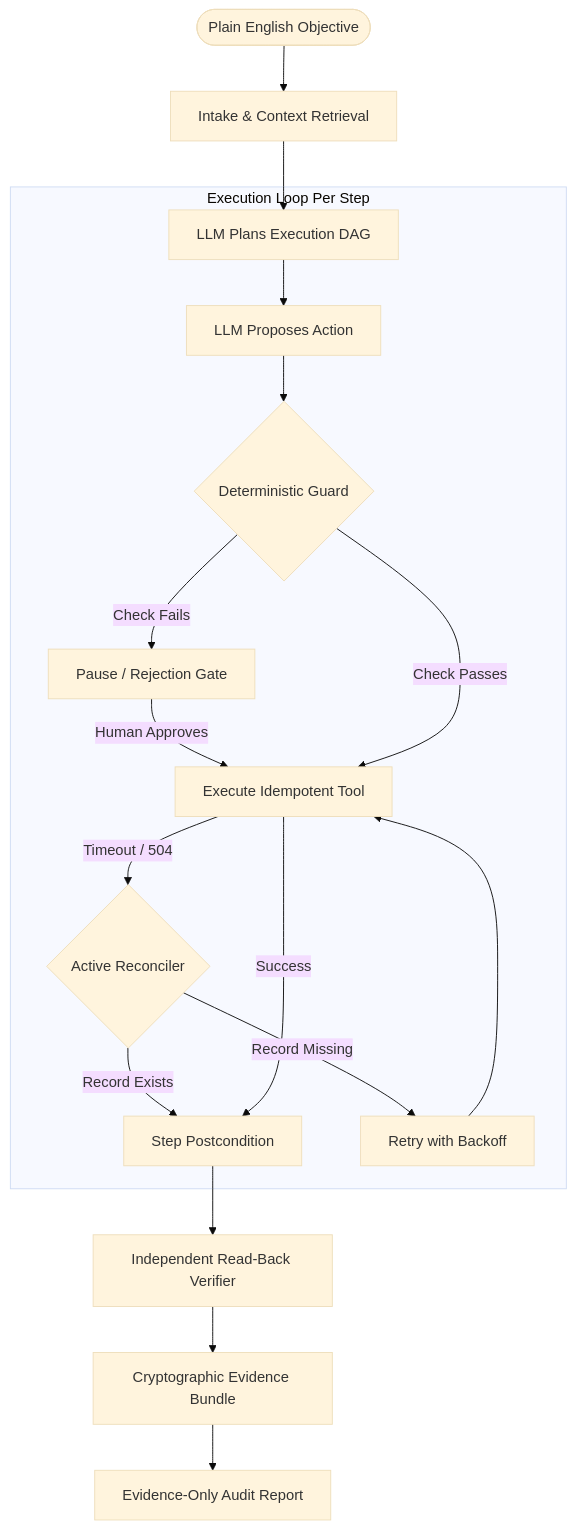
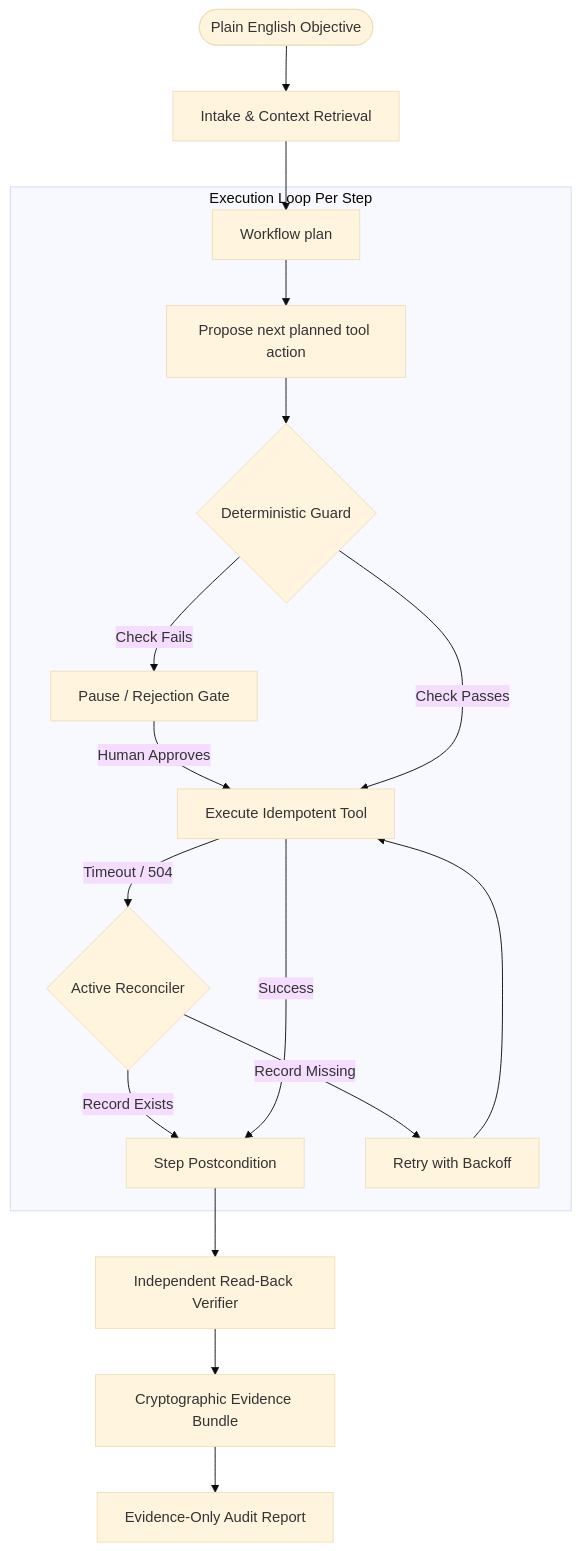
One commit to official-ashutosh/WorkGraph changed the diagram in README.md. Above: the diagram before and after it, drawn with Mermaid (base theme). The commit also changed other lines of this file and 16 other files, not shown here.

````diff
--- a/README.md
+++ b/README.md
@@ -74,25 +87,25 @@
 ```mermaid
 flowchart TD
     OBJ([Plain English Objective]) --> INTAKE[Intake & Context Retrieval]
-    INTAKE --> PLAN[LLM Plans Execution DAG]
+    INTAKE --> PLAN[Workflow plan]
     
     subgraph Execution Loop Per Step
-        PLAN --> PROPOSE[LLM Proposes Action]
+        PLAN --> PROPOSE[Propose next planned tool action]
         PROPOSE --> GUARD{Deterministic Guard}
         
         GUARD -->|Check Fails| HALT[Pause / Rejection Gate]
         HALT -->|Human Approves| EXECUTE[Execute Idempotent Tool]
         GUARD -->|Check Passes| EXECUTE
         
         EXECUTE -->|Timeout / 504| RECONCILE{Active Reconciler}
         RECONCILE -->|Record Exists| VERIFY[Step Postcondition]
         RECONCILE -->|Record Missing| RETRY[Retry with Backoff]
         RETRY --> EXECUTE
         
         EXECUTE -->|Success| VERIFY
     end
     
     VERIFY --> FINAL_VERIFY[Independent Read-Back Verifier]
     FINAL_VERIFY --> EVIDENCE[Cryptographic Evidence Bundle]
     EVIDENCE --> REPORT[Evidence-Only Audit Report]
 ```
````
